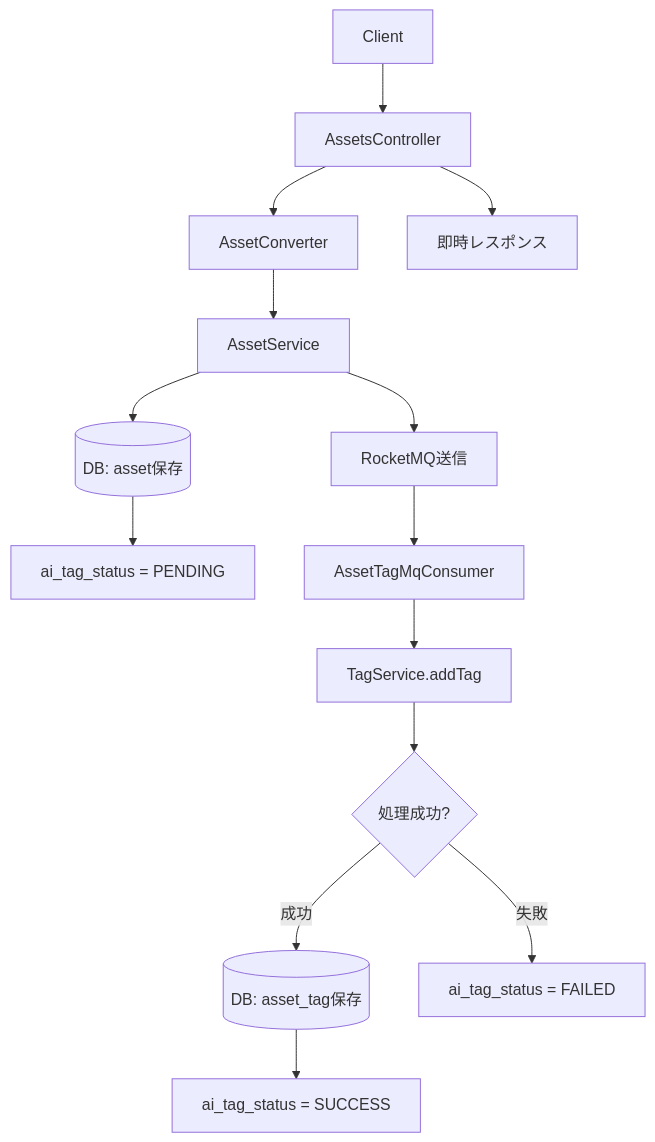
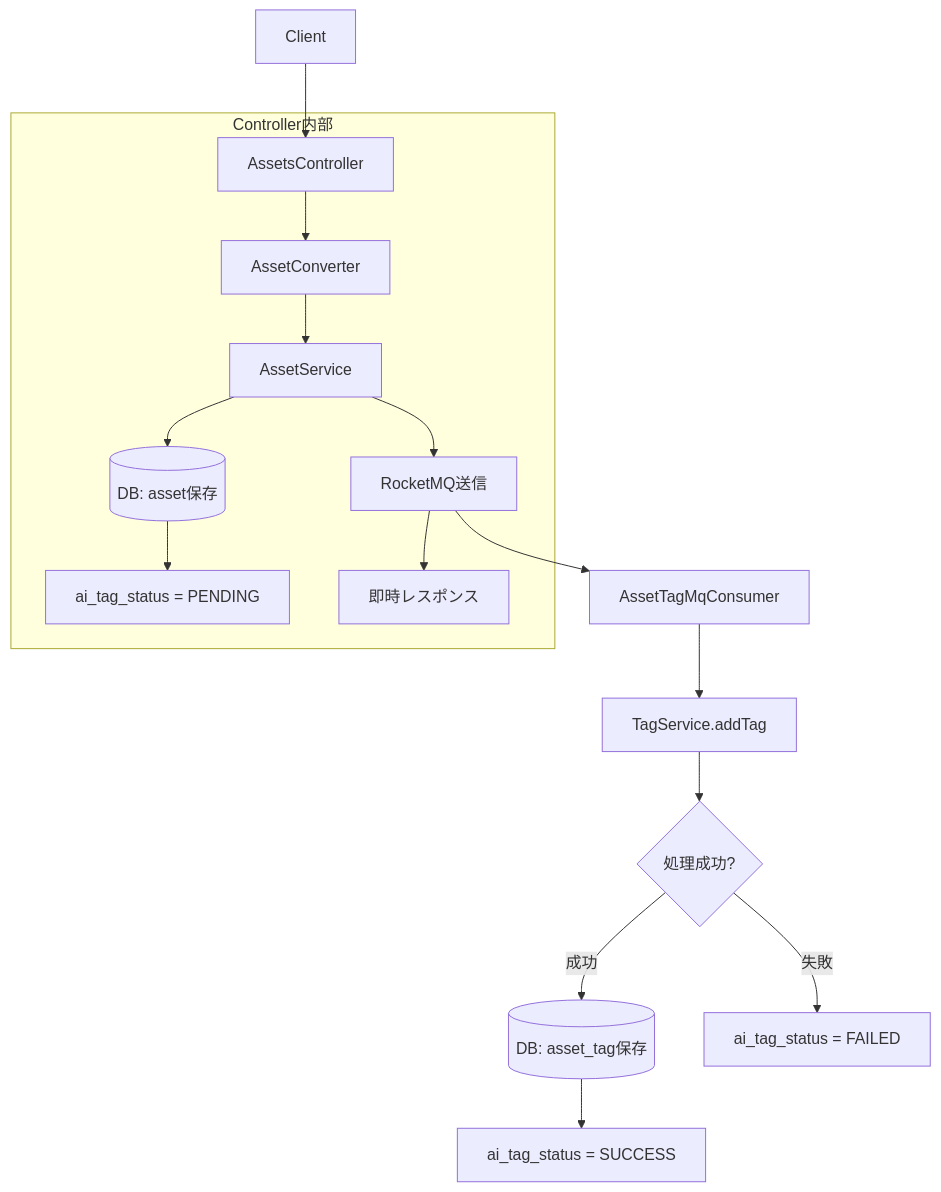
Before and after one commit to joshaken/digital-assets-management-service: the first of 4 diagrams in README.md, drawn with Mermaid. The commit also changed other lines of this file, not shown here.

````diff
--- a/README.md
+++ b/README.md
@@ -106,16 +52,18 @@
 ```mermaid
 flowchart TD
     A[Client] --> B[AssetsController]
-    B --> C[AssetConverter]
-    C --> D[AssetService]
-    D --> E[(DB: asset保存)]
-    E --> F[ai_tag_status = PENDING]
-    D --> G[RocketMQ送信]
-    B --> H[即時レスポンス]
+    subgraph Controller内部
+        B --> C[AssetConverter]
+        C --> D[AssetService]
+        D --> E[(DB: asset保存)]
+        E --> F[ai_tag_status = PENDING]
+        D --> G[RocketMQ送信]
+        G --> H[即時レスポンス]
+    end
     G --> I[AssetTagMqConsumer]
     I --> J[TagService.addTag]
     J --> K{処理成功?}
     K -->|成功| L[(DB: asset_tag保存)]
     L --> M[ai_tag_status = SUCCESS]
     K -->|失敗| N[ai_tag_status = FAILED]
 ```
````
